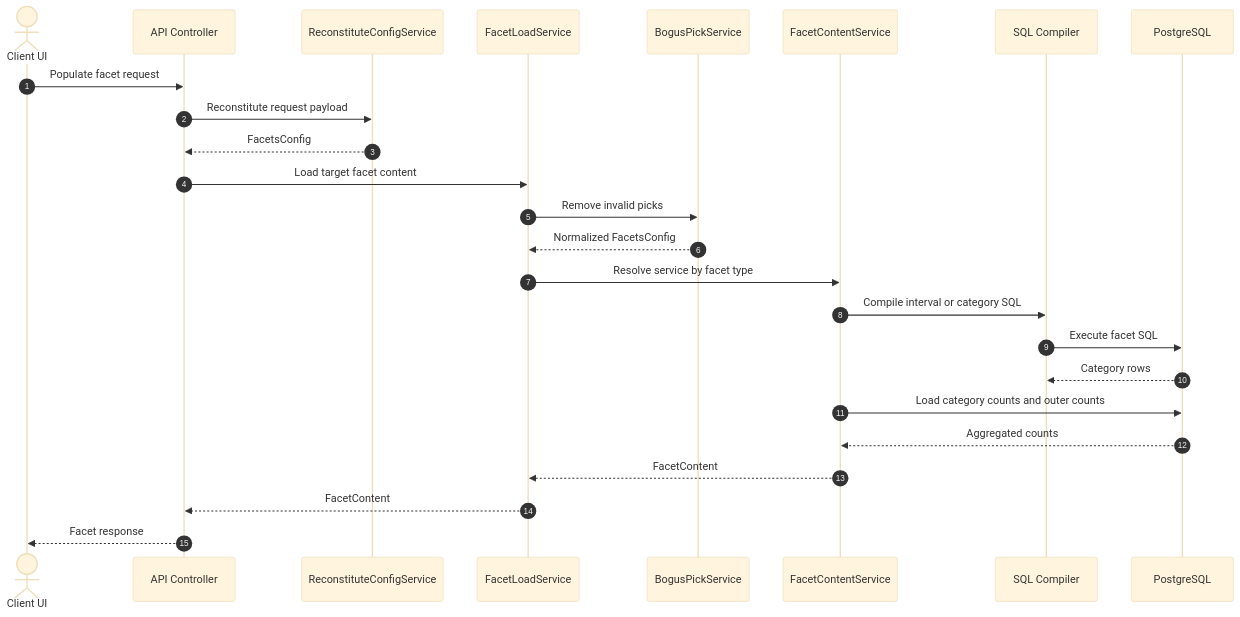
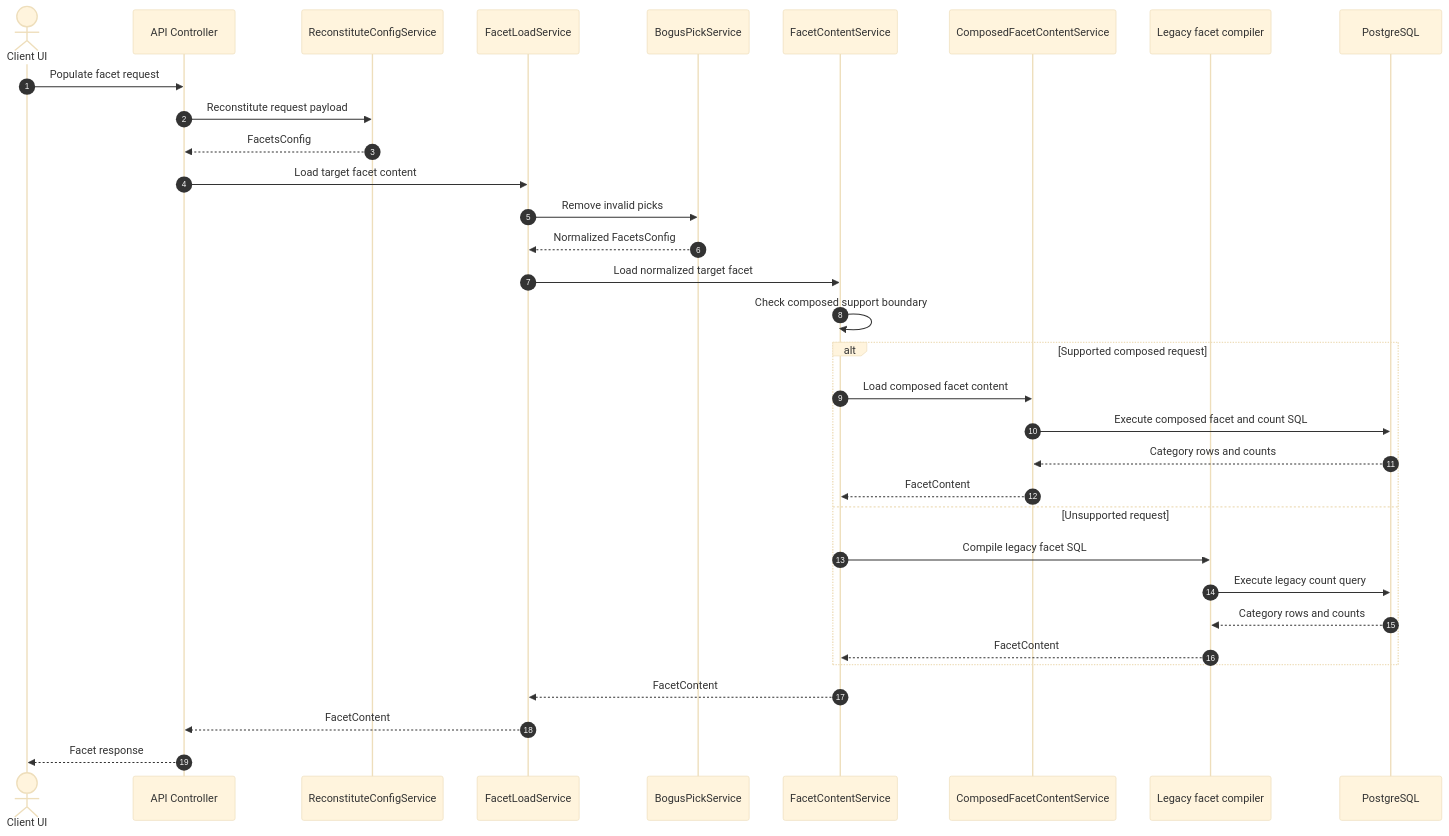
The fifth of 12 diagrams in docs/DIAGRAMS.md (humlab-sead/sead_query_api), drawn with Mermaid (base theme) before and after one commit. The commit also changed other lines of this file, not shown here.

Commit message:
refactor: update architecture diagrams and descriptions to align with current application flows and query-engine overhaul

````diff
--- a/docs/DIAGRAMS.md
+++ b/docs/DIAGRAMS.md
@@ -82,28 +140,36 @@
 ```mermaid
 sequenceDiagram
     autonumber
     actor UI as Client UI
     participant API as API Controller
     participant RC as ReconstituteConfigService
     participant FL as FacetLoadService
     participant BP as BogusPickService
     participant FS as FacetContentService
-    participant QC as SQL Compiler
+    participant CFS as ComposedFacetContentService
+    participant LGC as Legacy facet compiler
     participant DB as PostgreSQL
 
     UI->>API: Populate facet request
     API->>RC: Reconstitute request payload
     RC-->>API: FacetsConfig
     API->>FL: Load target facet content
     FL->>BP: Remove invalid picks
     BP-->>FL: Normalized FacetsConfig
-    FL->>FS: Resolve service by facet type
-    FS->>QC: Compile interval or category SQL
-    QC->>DB: Execute facet SQL
-    DB-->>QC: Category rows
-    FS->>DB: Load category counts and outer counts
-    DB-->>FS: Aggregated counts
+    FL->>FS: Load normalized target facet
+    FS->>FS: Check composed support boundary
+    alt Supported composed request
+        FS->>CFS: Load composed facet content
+        CFS->>DB: Execute composed facet and count SQL
+        DB-->>CFS: Category rows and counts
+        CFS-->>FS: FacetContent
+    else Unsupported request
+        FS->>LGC: Compile legacy facet SQL
+        LGC->>DB: Execute legacy count query
+        DB-->>LGC: Category rows and counts
+        LGC-->>FS: FacetContent
+    end
     FS-->>FL: FacetContent
     FL-->>API: FacetContent
     API-->>UI: Facet response
 ```
````
